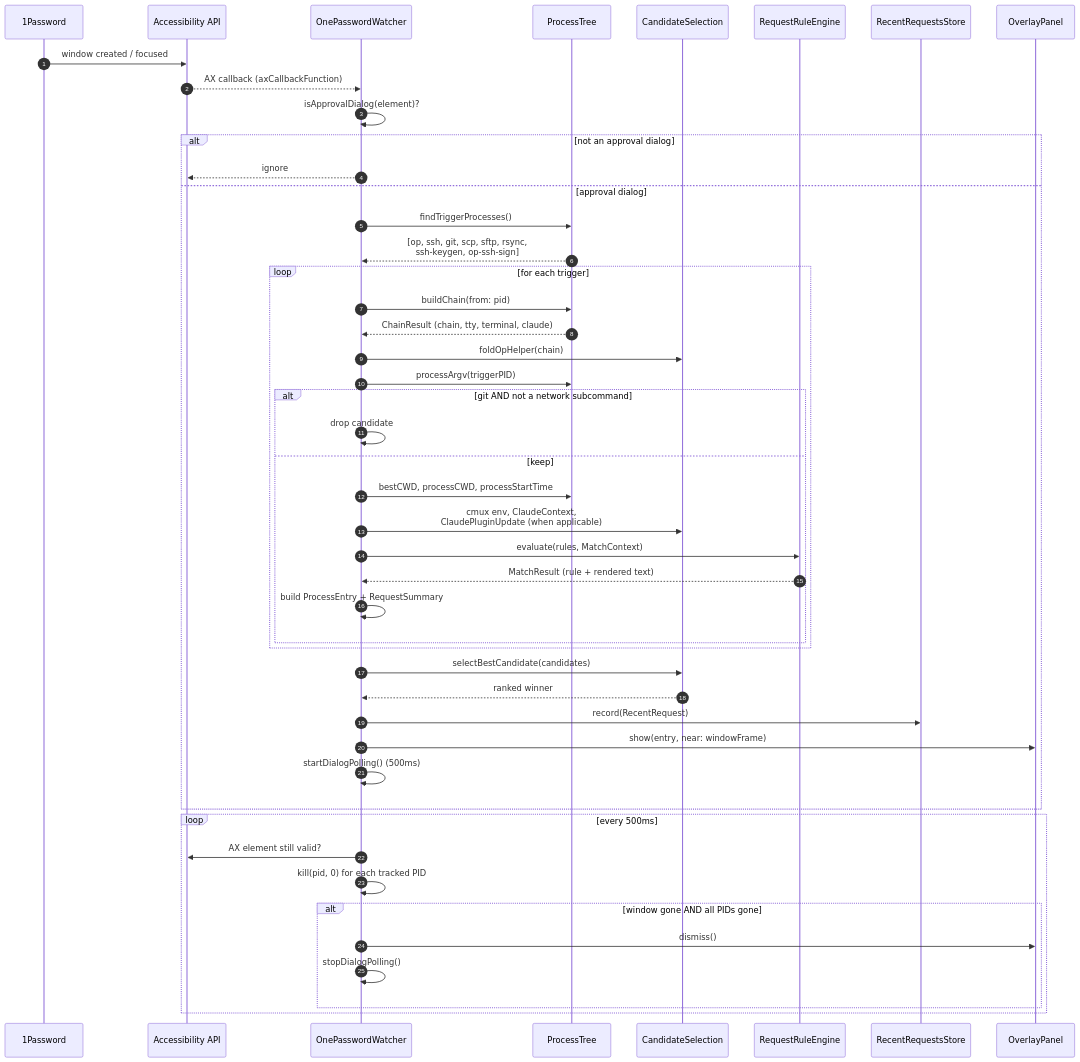
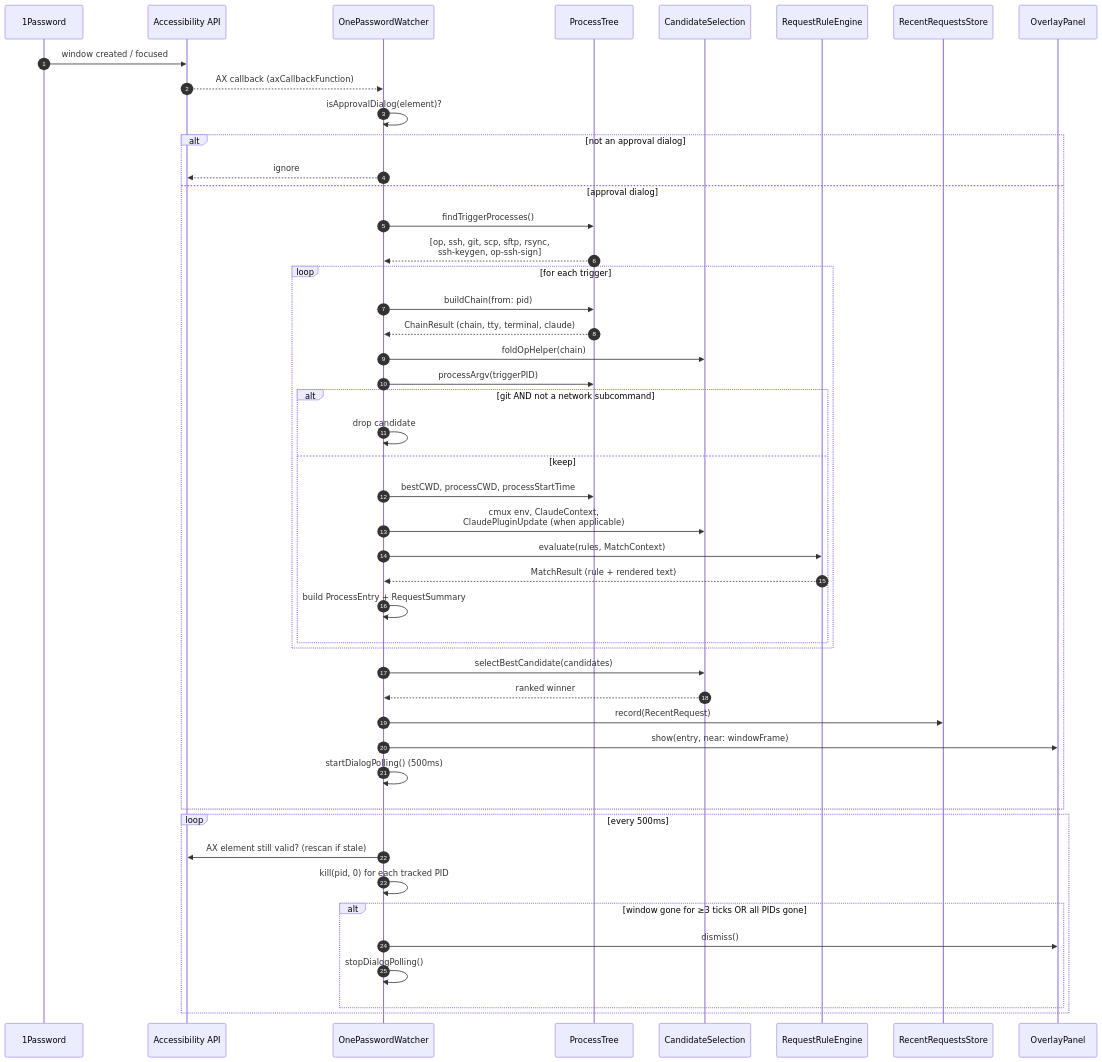
The second of 4 diagrams in docs/architecture.md (stigsb/op-who), drawn with Mermaid before and after one commit. The commit also changed other lines of this file and 2 other files, not shown here.

First line of the commit message:
docs: correct architecture/rules docs to match current code

````diff
--- a/docs/architecture.md
+++ b/docs/architecture.md
@@ -93,51 +96,51 @@
 ```mermaid
 sequenceDiagram
     autonumber
     participant OnePassword as 1Password
     participant AX as Accessibility API
     participant Watcher as OnePasswordWatcher
     participant Tree as ProcessTree
     participant Cand as CandidateSelection
     participant Engine as RequestRuleEngine
     participant Store as RecentRequestsStore
     participant Overlay as OverlayPanel
 
     OnePassword->>AX: window created / focused
     AX-->>Watcher: AX callback (axCallbackFunction)
     Watcher->>Watcher: isApprovalDialog(element)?
     alt not an approval dialog
         Watcher-->>AX: ignore
     else approval dialog
         Watcher->>Tree: findTriggerProcesses()
         Tree-->>Watcher: [op, ssh, git, scp, sftp, rsync,<br/>ssh-keygen, op-ssh-sign]
         loop for each trigger
             Watcher->>Tree: buildChain(from: pid)
             Tree-->>Watcher: ChainResult (chain, tty, terminal, claude)
             Watcher->>Cand: foldOpHelper(chain)
             Watcher->>Tree: processArgv(triggerPID)
             alt git AND not a network subcommand
                 Watcher->>Watcher: drop candidate
             else keep
                 Watcher->>Tree: bestCWD, processCWD, processStartTime
                 Watcher->>Cand: cmux env, ClaudeContext,<br/>ClaudePluginUpdate (when applicable)
                 Watcher->>Engine: evaluate(rules, MatchContext)
                 Engine-->>Watcher: MatchResult (rule + rendered text)
                 Watcher->>Watcher: build ProcessEntry + RequestSummary
             end
         end
         Watcher->>Cand: selectBestCandidate(candidates)
         Cand-->>Watcher: ranked winner
         Watcher->>Store: record(RecentRequest)
         Watcher->>Overlay: show(entry, near: windowFrame)
         Watcher->>Watcher: startDialogPolling() (500ms)
     end
 
     loop every 500ms
-        Watcher->>AX: AX element still valid?
+        Watcher->>AX: AX element still valid? (rescan if stale)
         Watcher->>Watcher: kill(pid, 0) for each tracked PID
-        alt window gone AND all PIDs gone
+        alt window gone for ≥3 ticks OR all PIDs gone
             Watcher->>Overlay: dismiss()
             Watcher->>Watcher: stopDialogPolling()
         end
     end
 ```
````
